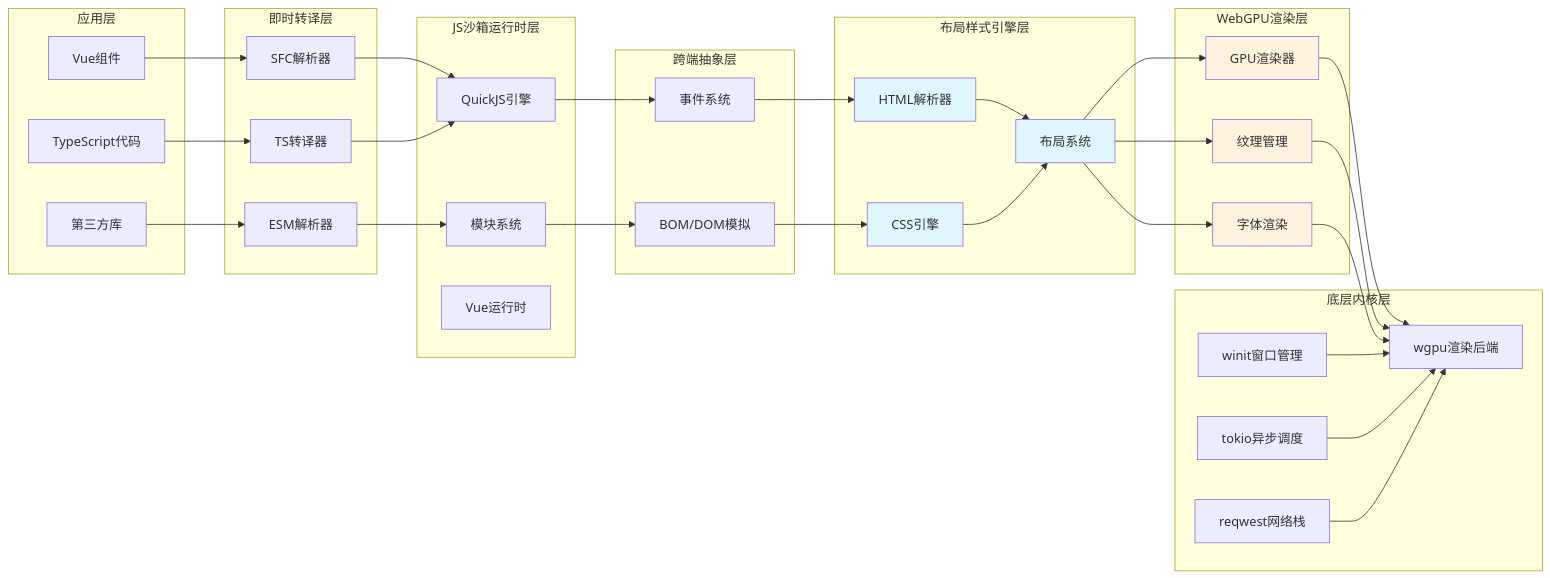
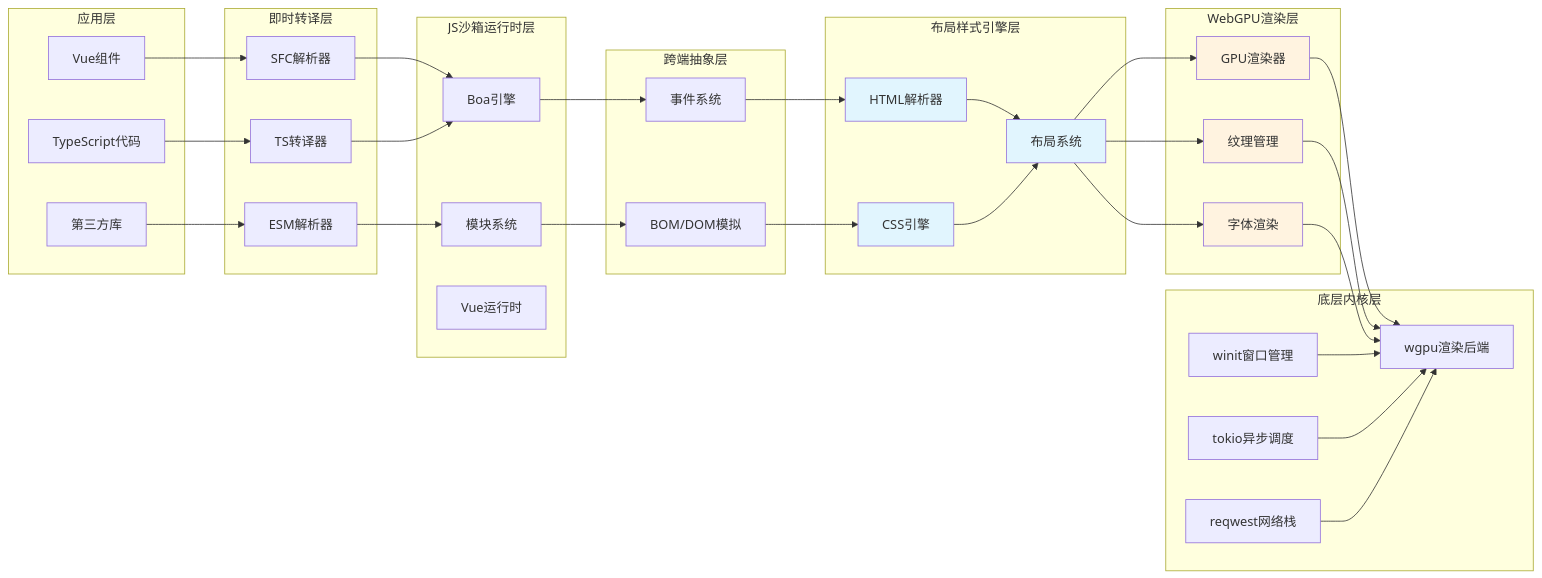
Before and after one commit to itszzl-sudo/iris: the second of 3 diagrams in .qoder/repowiki/zh/content/技术架构详解/整体架构设计/整体架构设计.md, drawn with Mermaid. The commit also changed other lines of this file and 12 other files, not shown here.

````diff
--- a/.qoder/repowiki/zh/content/技术架构详解/整体架构设计/整体架构设计.md
+++ b/.qoder/repowiki/zh/content/技术架构详解/整体架构设计/整体架构设计.md
@@ -304,65 +332,65 @@
 ```mermaid
 graph LR
 subgraph "应用层"
 A1[Vue组件]
 A2[TypeScript代码]
 A3[第三方库]
 end
 subgraph "即时转译层"
 T1[SFC解析器]
 T2[TS转译器]
 T3[ESM解析器]
 end
 subgraph "JS沙箱运行时层"
-S1[QuickJS引擎]
+S1[Boa引擎]
 S2[模块系统]
 S3[Vue运行时]
 end
 subgraph "跨端抽象层"
 U1[事件系统]
 U2[BOM/DOM模拟]
 end
 subgraph "布局样式引擎层"
 L1[HTML解析器]
 L2[CSS引擎]
 L3[布局系统]
 end
 subgraph "WebGPU渲染层"
 R1[GPU渲染器]
 R2[纹理管理]
 R3[字体渲染]
 end
 subgraph "底层内核层"
 K1[winit窗口管理]
 K2[wgpu渲染后端]
 K3[tokio异步调度]
 K4[reqwest网络栈]
 end
 A1 --> T1
 A2 --> T2
 A3 --> T3
 T1 --> S1
 T2 --> S1
 T3 --> S2
 S1 --> U1
 S2 --> U2
 U1 --> L1
 U2 --> L2
 L1 --> L3
 L2 --> L3
 L3 --> R1
 L3 --> R2
 L3 --> R3
 R1 --> K2
 R2 --> K2
 R3 --> K2
 K1 --> K2
 K3 --> K2
 K4 --> K2
 style L1 fill:#e1f5fe
 style L2 fill:#e1f5fe
 style L3 fill:#e1f5fe
 style R1 fill:#fff3e0
 style R2 fill:#fff3e0
 style R3 fill:#fff3e0
 ```
````
